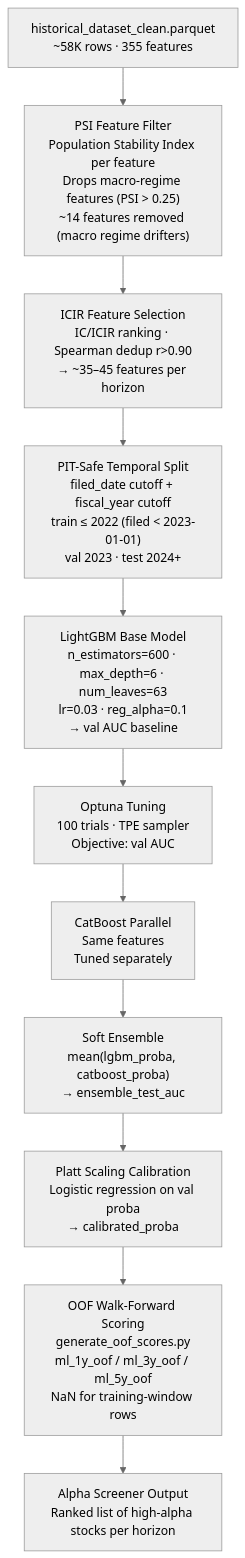
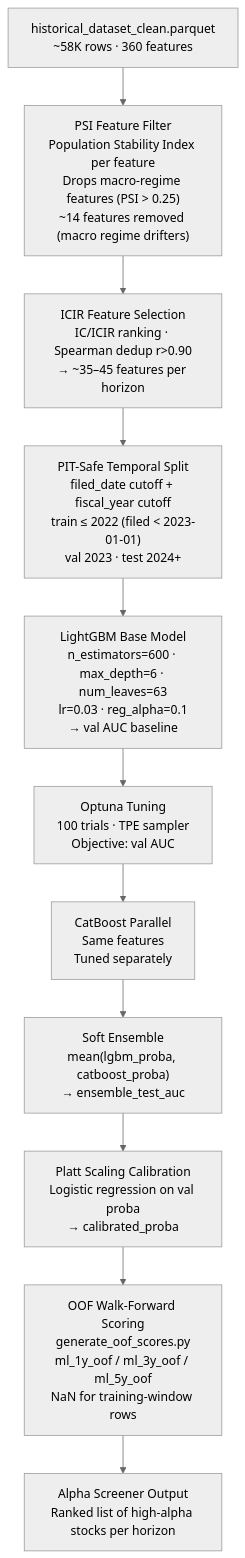
Before and after one commit to sherlock718/stock-fraud-screener: the diagram in docs/methodology/models.md, drawn with Mermaid (neutral theme). The commit also changed other lines of this file and 12 other files, not shown here.

````diff
--- a/docs/methodology/models.md
+++ b/docs/methodology/models.md
@@ -5,13 +5,13 @@
 ```mermaid
 flowchart TD
-    A["historical_dataset_clean.parquet<br/>~58K rows · 355 features"] --> PSI["PSI Feature Filter<br/>Population Stability Index per feature<br/>Drops macro-regime features (PSI > 0.25)<br/>~14 features removed (macro regime drifters)"]
+    A["historical_dataset_clean.parquet<br/>~58K rows · 360 features"] --> PSI["PSI Feature Filter<br/>Population Stability Index per feature<br/>Drops macro-regime features (PSI > 0.25)<br/>~14 features removed (macro regime drifters)"]
     PSI --> B["ICIR Feature Selection<br/>IC/ICIR ranking · Spearman dedup r>0.90<br/>→ ~35–45 features per horizon"]
     B --> C["PIT-Safe Temporal Split<br/>filed_date cutoff + fiscal_year cutoff<br/>train ≤ 2022 (filed < 2023-01-01)<br/>val 2023 · test 2024+"]
     C --> D["LightGBM Base Model<br/>n_estimators=600 · max_depth=6 · num_leaves=63<br/>lr=0.03 · reg_alpha=0.1<br/>→ val AUC baseline"]
     D --> E["Optuna Tuning<br/>100 trials · TPE sampler<br/>Objective: val AUC"]
     E --> F["CatBoost Parallel<br/>Same features<br/>Tuned separately"]
     F --> G["Soft Ensemble<br/>mean(lgbm_proba, catboost_proba)<br/>→ ensemble_test_auc"]
     G --> H["Platt Scaling Calibration<br/>Logistic regression on val proba<br/>→ calibrated_proba"]
     H --> I["OOF Walk-Forward Scoring<br/>generate_oof_scores.py<br/>ml_1y_oof / ml_3y_oof / ml_5y_oof<br/>NaN for training-window rows"]
     I --> J["Alpha Screener Output<br/>Ranked list of high-alpha stocks per horizon"]
 ```
````
